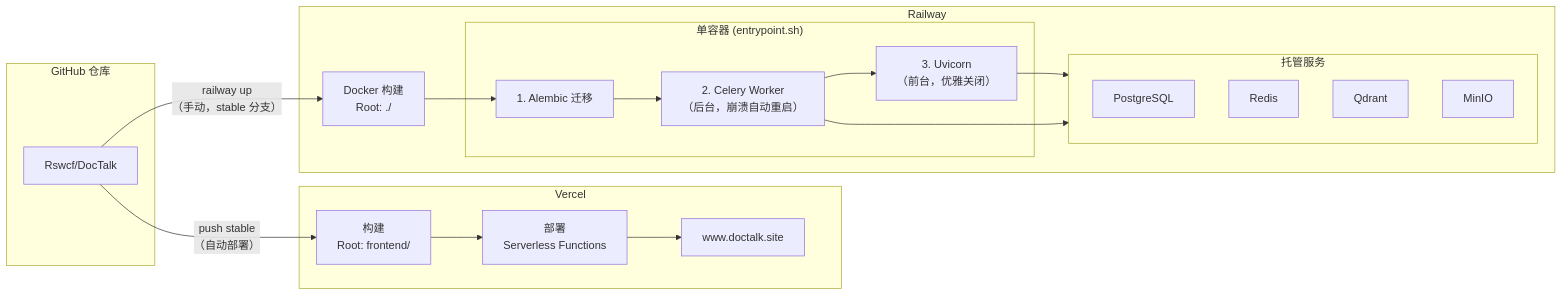
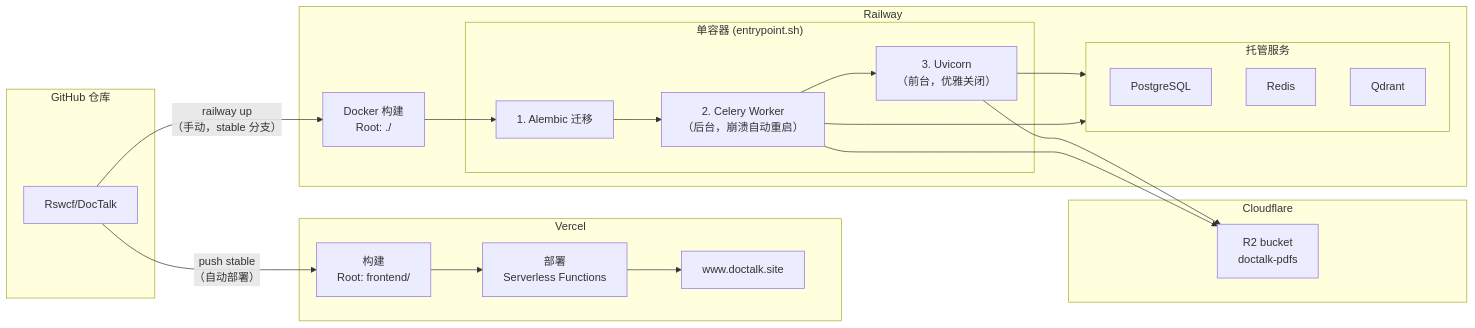
One commit to Rswcf/DocTalk changed the tenth of 10 diagrams in docs/ARCHITECTURE.zh.md. Above: the diagram before and after it, drawn with Mermaid. The commit also changed other lines of this file and 14 other files, not shown here.

````diff
--- a/docs/ARCHITECTURE.zh.md
+++ b/docs/ARCHITECTURE.zh.md
@@ -887,34 +890,39 @@
 ```mermaid
 graph LR
     subgraph GitHub["GitHub 仓库"]
         Repo["Rswcf/DocTalk"]
     end
 
     subgraph VercelDeploy["Vercel"]
         VBuild["构建<br/>Root: frontend/"]
         VDeploy["部署<br/>Serverless Functions"]
         VDomain["www.doctalk.site"]
     end
 
     subgraph RailwayDeploy["Railway"]
         RBuild["Docker 构建<br/>Root: ./"]
         subgraph Container["单容器 (entrypoint.sh)"]
             Alembic["1. Alembic 迁移"]
             CeleryW["2. Celery Worker<br/>（后台，崩溃自动重启）"]
             Uvicorn["3. Uvicorn<br/>（前台，优雅关闭）"]
         end
         subgraph RServices["托管服务"]
             RPG["PostgreSQL"]
             RRedis["Redis"]
             RQdrant["Qdrant"]
-            RMinIO["MinIO"]
         end
+    end
+
+    subgraph CloudflareDeploy["Cloudflare"]
+        R2["R2 bucket<br/>doctalk-pdfs"]
     end
 
     Repo -->|"push stable<br/>（自动部署）"| VBuild
     VBuild --> VDeploy --> VDomain
     Repo -->|"railway up<br/>（手动，stable 分支）"| RBuild
     RBuild --> Alembic --> CeleryW --> Uvicorn
     Uvicorn --> RServices
     CeleryW --> RServices
+    Uvicorn --> R2
+    CeleryW --> R2
 ```
````
